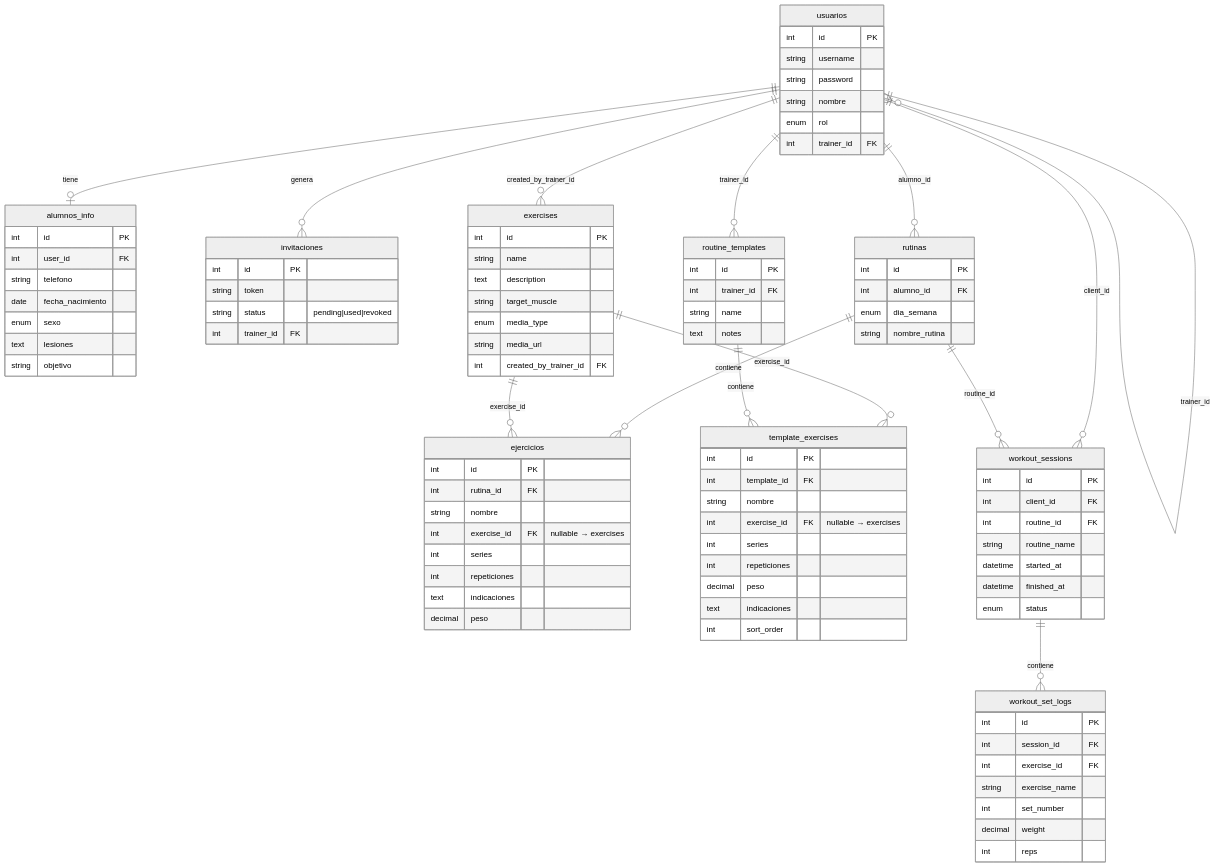
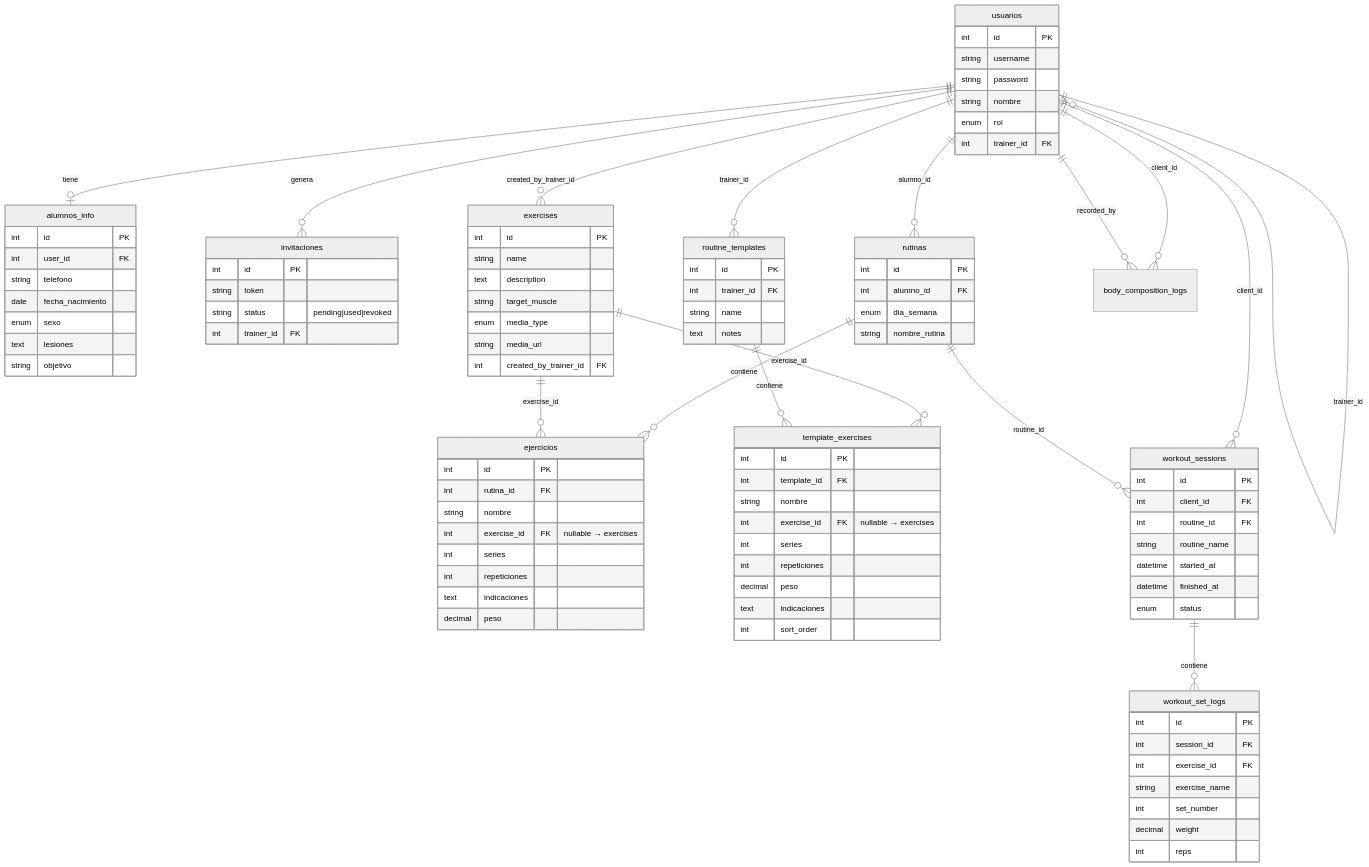
One commit to Jhon-Fuenwhv2024/appEntrenador changed the diagram in appEntrenador/docs/database-schema.md. Above: the diagram before and after it, drawn with Mermaid (neutral theme). The commit also changed other lines of this file and 22 other files, not shown here.

```diff
--- a/appEntrenador/docs/database-schema.md
+++ b/appEntrenador/docs/database-schema.md
@@ -19,6 +19,8 @@
   workout_sessions ||--o{ workout_set_logs : "contiene"
   usuarios ||--o{ routine_templates : "trainer_id"
   routine_templates ||--o{ template_exercises : "contiene"
+  usuarios ||--o{ body_composition_logs : "client_id"
+  usuarios ||--o{ body_composition_logs : "recorded_by"
 
   usuarios {
     int id PK
```
